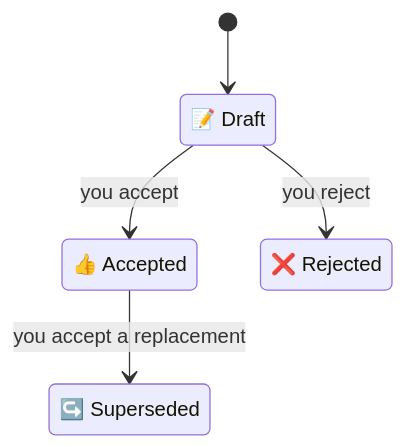
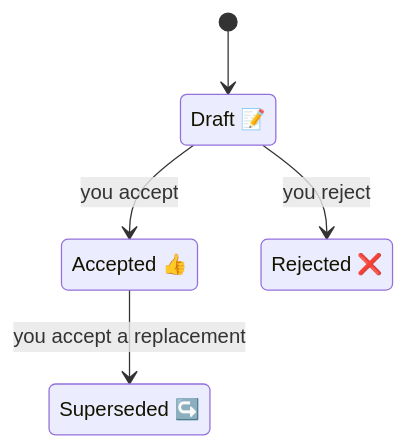
The first of 2 diagrams in docs/skills/adr.md (michaelmarconi/agentic-engineering), drawn with Mermaid before and after one commit. The commit also changed other lines of this file and 101 other files, not shown here.

````diff
--- a/docs/skills/adr.md
+++ b/docs/skills/adr.md
@@ -79,11 +79,11 @@
 ```mermaid
 stateDiagram-v2
-    state "📝 Draft" as Draft
-    state "👍 Accepted" as Accepted
-    state "❌ Rejected" as Rejected
-    state "↪️ Superseded" as Superseded
+    state "Draft 📝" as Draft
+    state "Accepted 👍" as Accepted
+    state "Rejected ❌" as Rejected
+    state "Superseded ↪️" as Superseded
     [*] --> Draft
     Draft --> Accepted: you accept
     Draft --> Rejected: you reject
     Accepted --> Superseded: you accept a replacement
 ```
````
